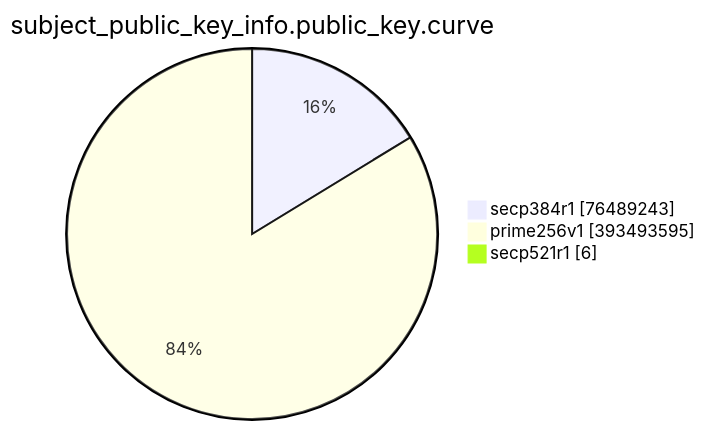
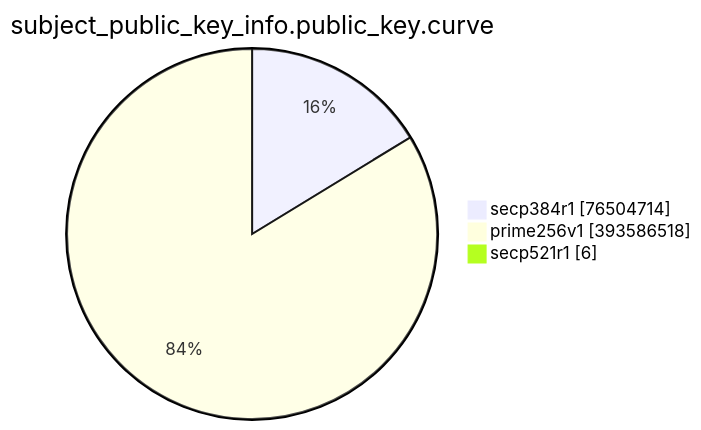
One commit to christiankrug/ctmonitor_visualization changed the eighth of 15 diagrams in TOTAL/README.md. Above: the diagram before and after it, drawn with Mermaid. The commit also changed other lines of this file, not shown here.

````diff
--- a/TOTAL/README.md
+++ b/TOTAL/README.md
@@ -3094,7 +3094,7 @@
 ```mermaid
 pie showData
 title subject_public_key_info.public_key.curve
-"secp384r1" :76489243
-"prime256v1" :393493595
+"secp384r1" :76504714
+"prime256v1" :393586518
 "secp521r1" :6
 ```
````
